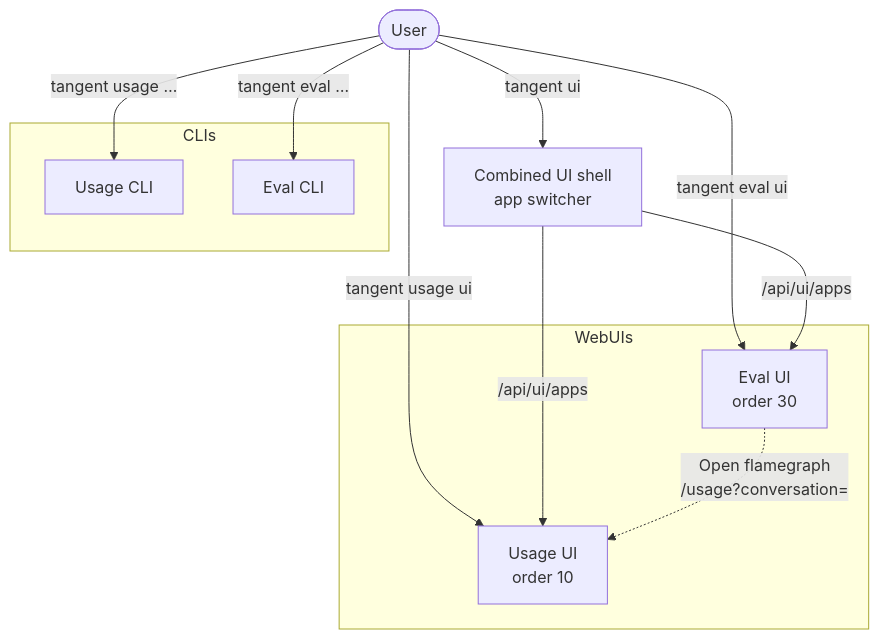
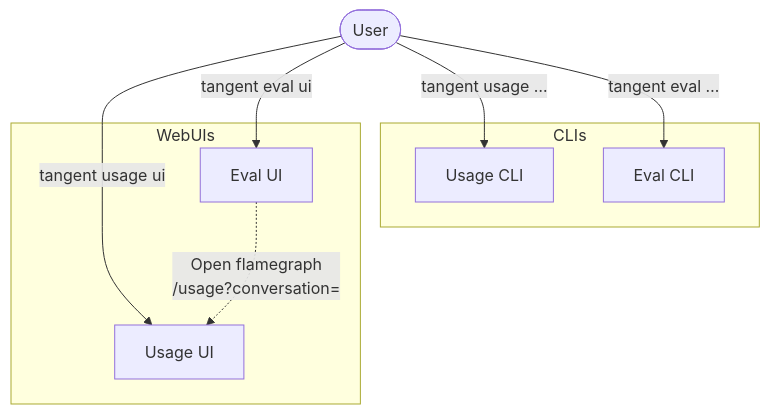
Before and after one commit to jkasimotto/tangent: the first of 3 diagrams in docs/ux/ux-map.md, drawn with Mermaid. The commit also changed other lines of this file and 124 other files, not shown here.

Commit message:
refactor: consolidate tangent into agent shell

````diff
--- a/docs/ux/ux-map.md
+++ b/docs/ux/ux-map.md
@@ -30,23 +23,19 @@
 ```mermaid
 graph TD
   user([User])
-  user -->|tangent ui| shell[Combined UI shell<br/>app switcher]
-  user -->|tangent usage ui| usageUI
-  user -->|tangent eval ui| evalUI
+  user -->|tangent usage ui| usageUI[Usage UI]
+  user -->|tangent eval ui| evalUI[Eval UI]
   user -->|tangent usage …| usageCLI[Usage CLI]
   user -->|tangent eval …| evalCLI[Eval CLI]
-
-  shell -->|/api/ui/apps| usageUI[Usage UI<br/>order 10]
-  shell -->|/api/ui/apps| evalUI[Eval UI<br/>order 30]
 
   evalUI -.->|Open flamegraph<br/>/usage?conversation=| usageUI
 
   subgraph CLIs
     usageCLI
     evalCLI
   end
   subgraph WebUIs
     usageUI
     evalUI
   end
 ```
````
